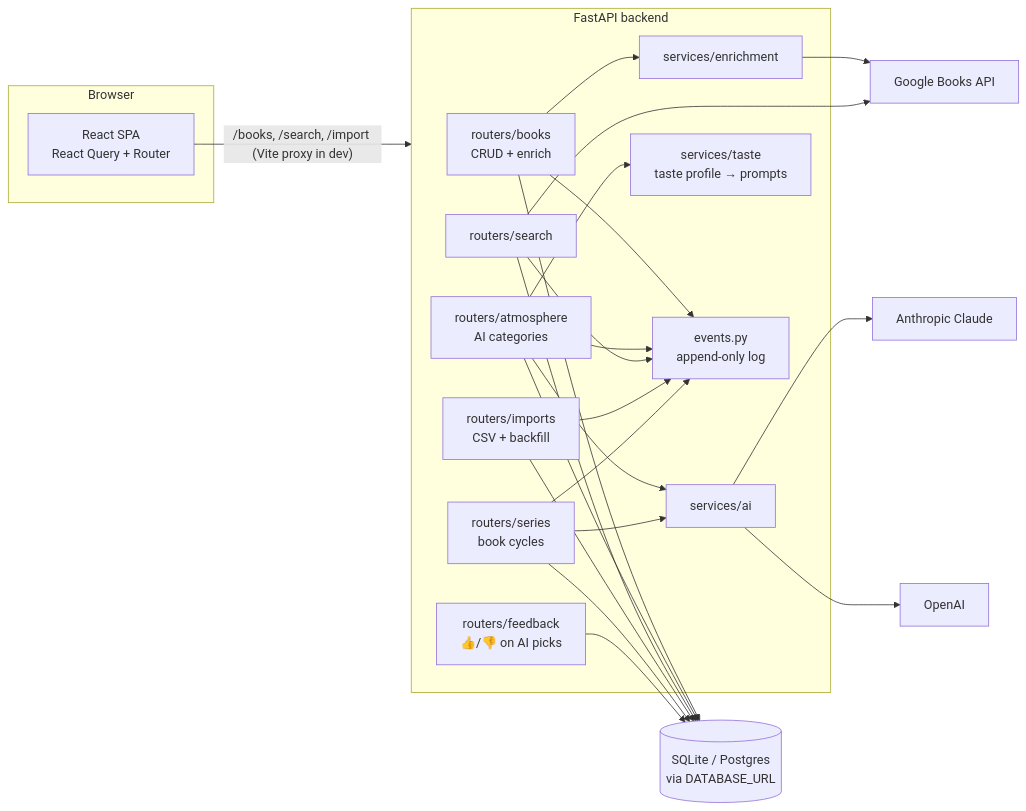
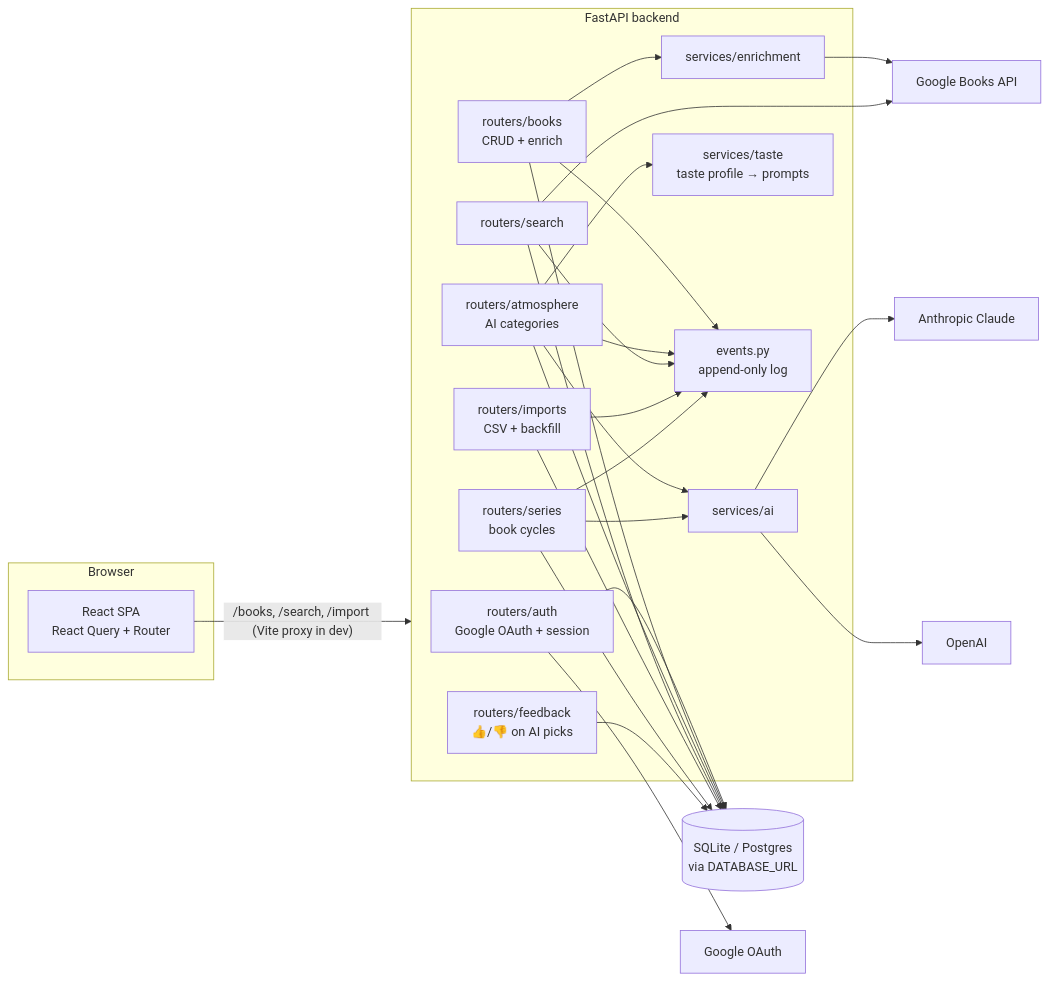
One commit to kseniakopli/book-library changed the first of 3 diagrams in documentation/architecture.md. Above: the diagram before and after it, drawn with Mermaid. The commit also changed other lines of this file and 4 other files, not shown here.

Commit message:
docs: document stage 9 auth in architecture, data model, degradation and checklists

````diff
--- a/documentation/architecture.md
+++ b/documentation/architecture.md
@@ -5,34 +5,38 @@
 ```mermaid
 flowchart LR
     subgraph Browser
         UI[React SPA<br/>React Query + Router]
     end
     subgraph Backend [FastAPI backend]
+        R0[routers/auth<br/>Google OAuth + session]
         R1[routers/books<br/>CRUD + enrich]
         R2[routers/atmosphere<br/>AI categories]
         R3[routers/search]
         R4[routers/imports<br/>CSV + backfill]
         R5[routers/series<br/>book cycles]
         R6[routers/feedback<br/>👍/👎 on AI picks]
         S1[services/enrichment]
         S2[services/ai]
         S3[services/taste<br/>taste profile → prompts]
         EV[events.py<br/>append-only log]
     end
     DB[(SQLite / Postgres<br/>via DATABASE_URL)]
     GB[Google Books API]
     AI1[Anthropic Claude]
     AI2[OpenAI]
+    GO[Google OAuth]
 
     UI -->|"/books, /search, /import (Vite proxy in dev)"| Backend
+    R0 --> GO
+    R0 --> DB
     R1 --> S1
     R2 --> S2
     R2 --> S3
     R5 --> S2
     S1 --> GB
     R3 --> GB
     S2 --> AI1
     S2 --> AI2
     R1 & R2 & R3 & R4 & R5 & R6 --> DB
     R1 & R2 & R3 & R4 & R5 --> EV
 ```
````
